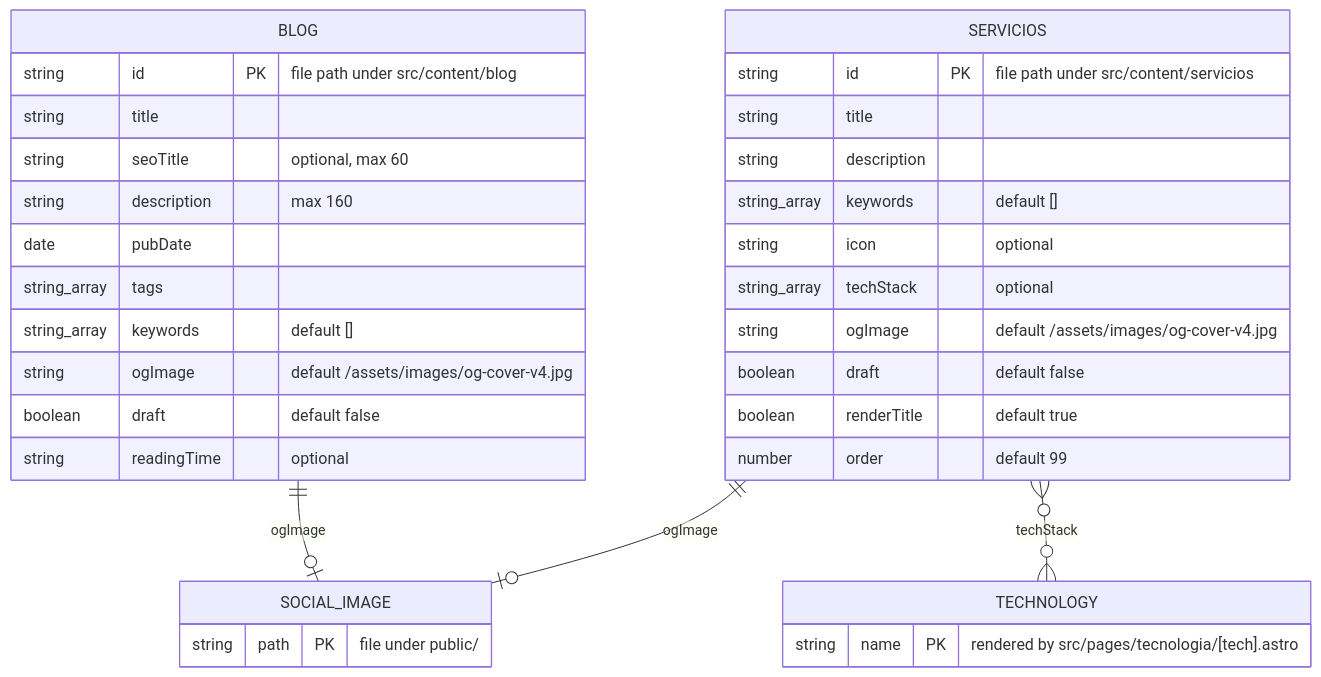
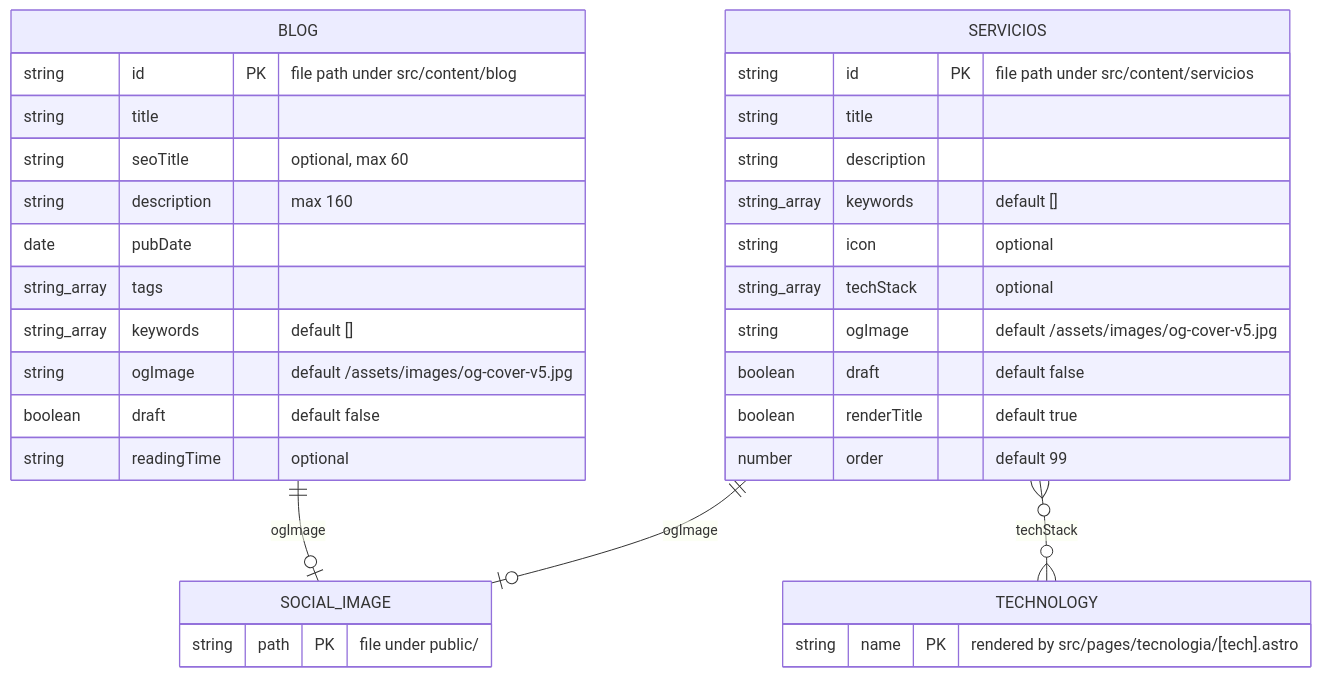
One commit to Nain9Dev/nain9dev.github.io changed the diagram in docs/21-data-model.md. Above: the diagram before and after it, drawn with Mermaid. The commit also changed 13 other files, not shown here.

First line of the commit message:
feat(design): show the new isotype in the default social image

````diff
--- a/docs/21-data-model.md
+++ b/docs/21-data-model.md
@@ -13,36 +13,36 @@
 ```mermaid
 erDiagram
     BLOG ||--o| SOCIAL_IMAGE : "ogImage"
     SERVICIOS ||--o| SOCIAL_IMAGE : "ogImage"
     SERVICIOS }o--o{ TECHNOLOGY : "techStack"
     BLOG {
         string id PK "file path under src/content/blog"
         string title
         string seoTitle "optional, max 60"
         string description "max 160"
         date pubDate
         string_array tags
         string_array keywords "default []"
-        string ogImage "default /assets/images/og-cover-v4.jpg"
+        string ogImage "default /assets/images/og-cover-v5.jpg"
         boolean draft "default false"
         string readingTime "optional"
     }
     SERVICIOS {
         string id PK "file path under src/content/servicios"
         string title
         string description
         string_array keywords "default []"
         string icon "optional"
         string_array techStack "optional"
-        string ogImage "default /assets/images/og-cover-v4.jpg"
+        string ogImage "default /assets/images/og-cover-v5.jpg"
         boolean draft "default false"
         boolean renderTitle "default true"
         number order "default 99"
     }
     SOCIAL_IMAGE {
         string path PK "file under public/"
     }
     TECHNOLOGY {
         string name PK "rendered by src/pages/tecnologia/[tech].astro"
     }
 ```
````
